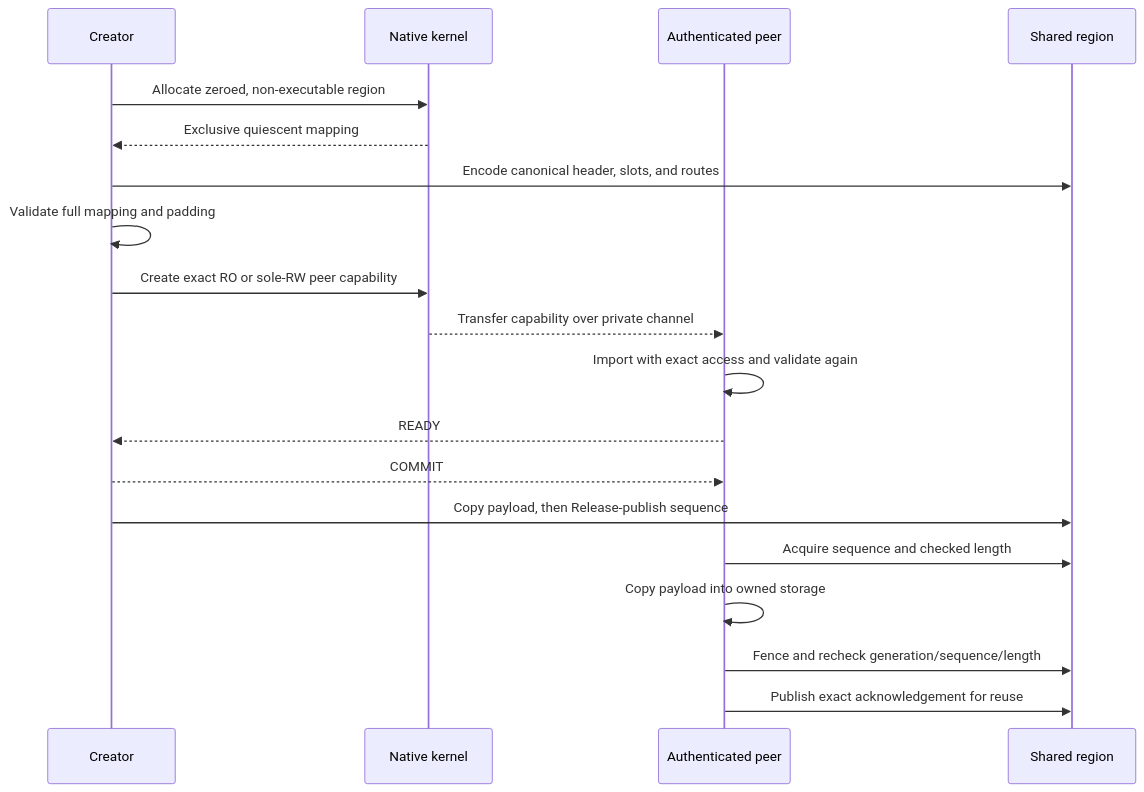
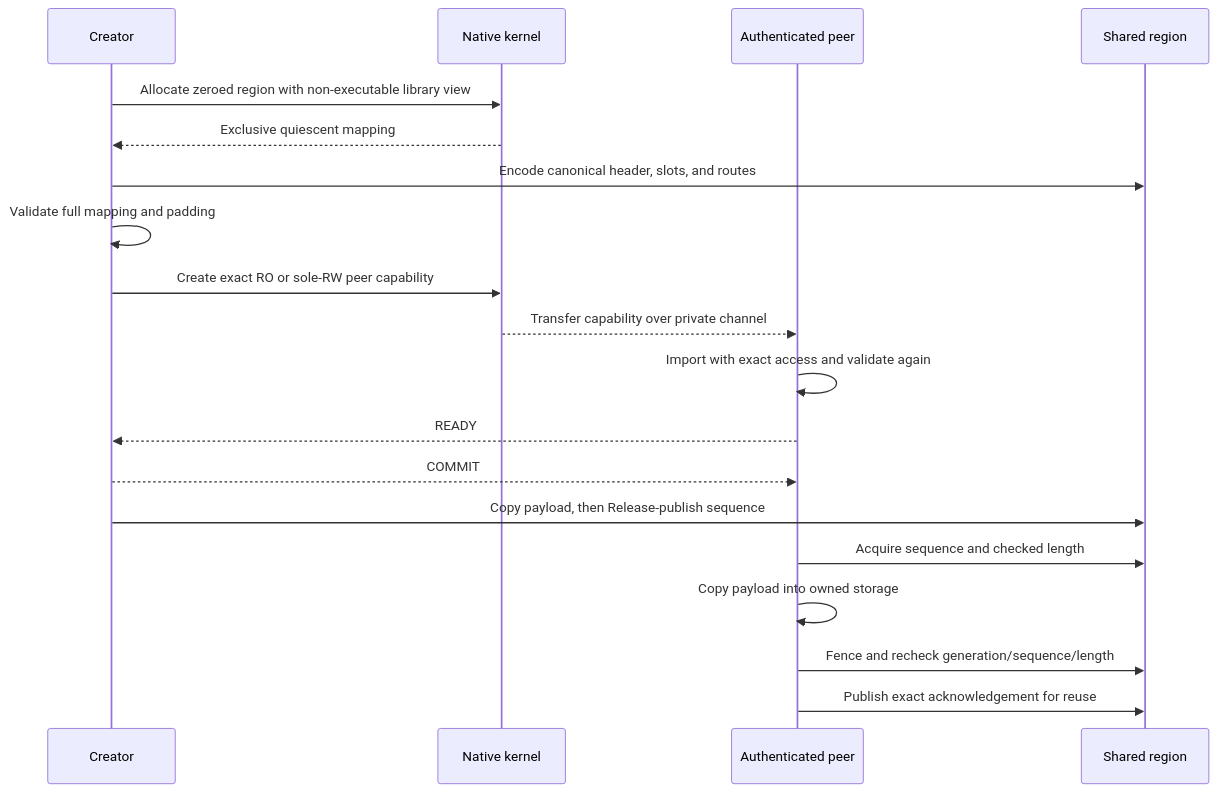
Before and after one commit to ro-ag/native-ipc-rs: the second of 2 diagrams in README.md, drawn with Mermaid. The commit also changed other lines of this file and 80 other files, not shown here.

````diff
--- a/README.md
+++ b/README.md
@@ -104,22 +109,22 @@
 ```mermaid
 sequenceDiagram
     participant C as Creator
     participant OS as Native kernel
     participant P as Authenticated peer
     participant R as Shared region
 
-    C->>OS: Allocate zeroed, non-executable region
+    C->>OS: Allocate zeroed region with non-executable library view
     OS-->>C: Exclusive quiescent mapping
     C->>R: Encode canonical header, slots, and routes
     C->>C: Validate full mapping and padding
     C->>OS: Create exact RO or sole-RW peer capability
     OS-->>P: Transfer capability over private channel
     P->>P: Import with exact access and validate again
     P-->>C: READY
     C-->>P: COMMIT
     C->>R: Copy payload, then Release-publish sequence
     P->>R: Acquire sequence and checked length
     P->>P: Copy payload into owned storage
     P->>R: Fence and recheck generation/sequence/length
     P->>R: Publish exact acknowledgement for reuse
 ```
````
